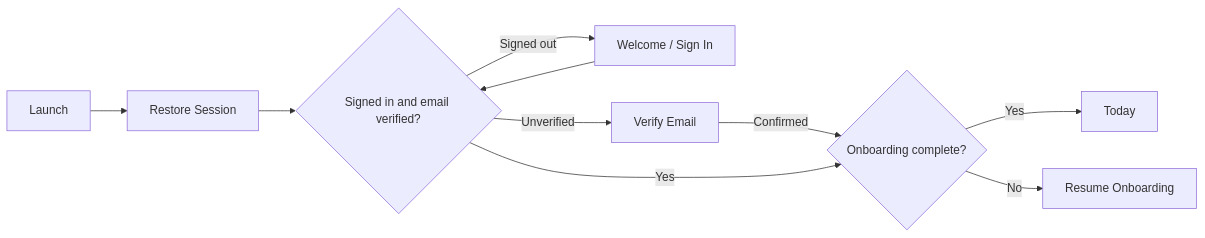
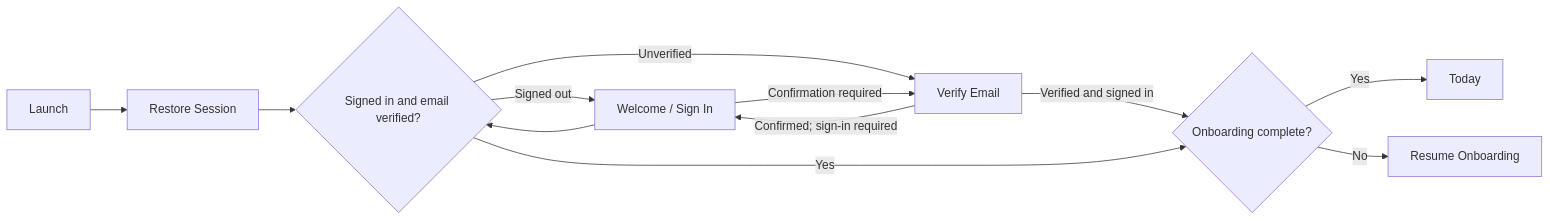
One commit to evanmcpheron/77Faithful changed the seventh of 12 diagrams in docs/APP_NAVIGATION_AND_UX.md. Above: the diagram before and after it, drawn with Mermaid. The commit also changed other lines of this file and 22 other files, not shown here.

````diff
--- a/docs/APP_NAVIGATION_AND_UX.md
+++ b/docs/APP_NAVIGATION_AND_UX.md
@@ -1509,12 +1521,14 @@
 ```mermaid
 flowchart LR
     Launch --> Restore[Restore Session]
     Restore --> Verified{Signed in and email verified?}
     Verified -->|Signed out| Auth[Welcome / Sign In]
     Verified -->|Unverified| Verify[Verify Email]
     Auth --> Verified
-    Verify -->|Confirmed| Check{Onboarding complete?}
+    Auth -->|Confirmation required| Verify
+    Verify -->|Verified and signed in| Check{Onboarding complete?}
+    Verify -->|Confirmed; sign-in required| Auth
     Verified -->|Yes| Check
     Check -->|Yes| Today
     Check -->|No| Resume[Resume Onboarding]
 ```
````
